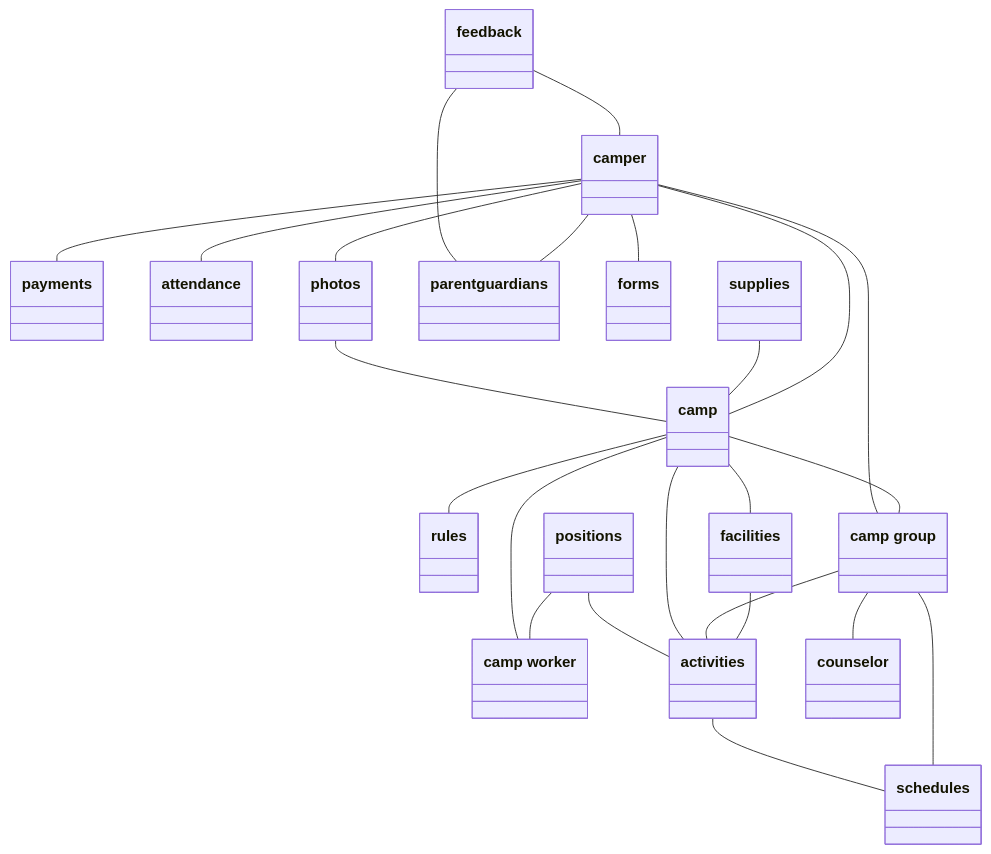
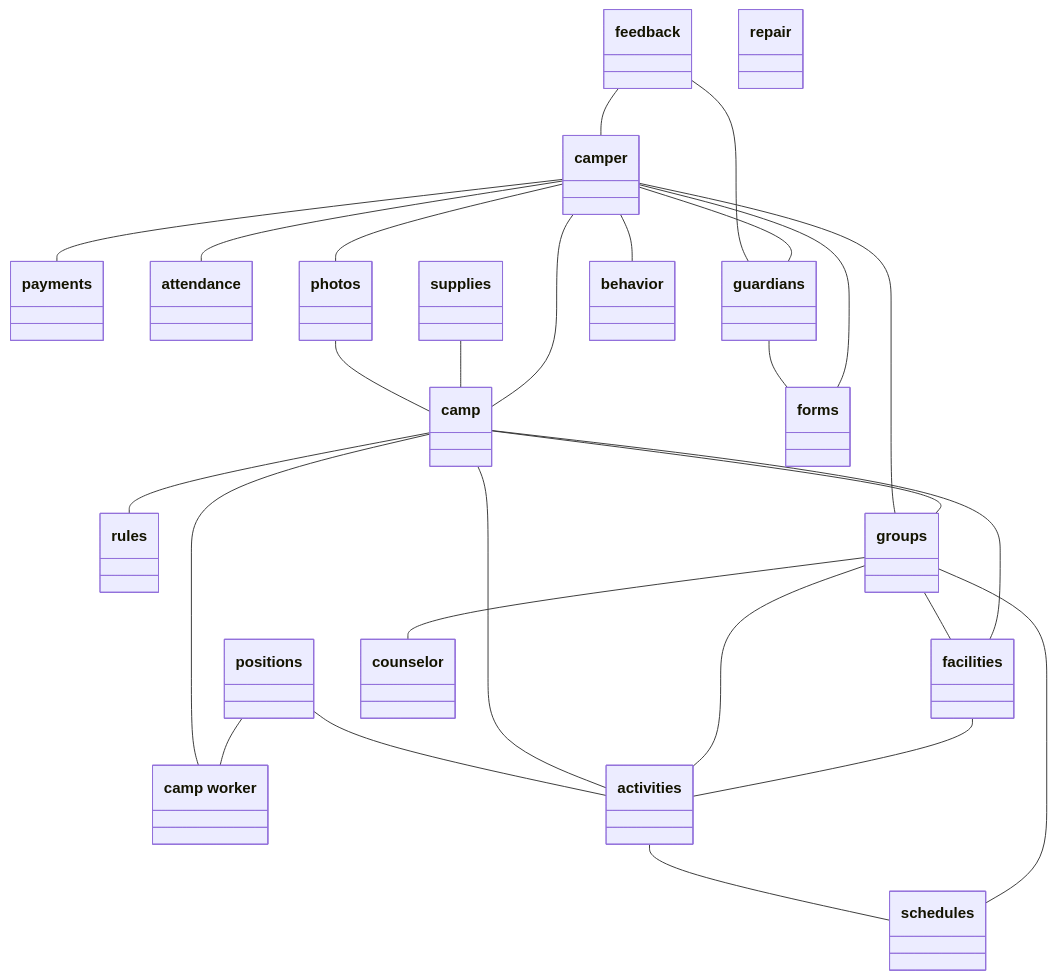
One commit to DomDeWulf/user-story-domain-model-datasets changed the diagram in 2_gold_standard_domain_models/camperplus.mmd. Above: the diagram before and after it, drawn with Mermaid. The commit also changed 21 other files, not shown here.

Commit message:
Adapt domain models to revised gold and silver standard

```diff
--- a/2_gold_standard_domain_models/camperplus.mmd
+++ b/2_gold_standard_domain_models/camperplus.mmd
@@ -1,143 +1,164 @@
 classDiagram
     %% Project: Camperplus
-    %% Class labels match Gold standard - Classes.xlsx exactly, including capitalization.
-    %% Singular/plural forms are assumed equivalent; every changed endpoint is documented below.
-    %% Every association preserves one row of Gold standard - Associations.xlsx, in workbook order.
-    %% associationOnly nodes have no matching class in the Classes Excel; exclude them from class evaluation.
+    %% Source: Gold&Silver Standard.xlsx, sheets 'Class - Gold Standard' (column A) and 'Association - Gold Standard' (columns A:B).
+    %% Class labels match the revised class list exactly, including capitalization.
+    %% Class IDs and order follow the previous models; new classes are appended and removed classes leave ID gaps.
+    %% Workbook legend: red fill = removed, green fill = optional, blue text = added.
+    %% Removed classes and associations are omitted. Optional classes carry <<optional>>; optional associations use a dashed .. line.
+    %% Association endpoints are mapped to class labels; every changed endpoint is documented below.
     %% No direction, multiplicity, relationship labels, inheritance, attributes, or methods are inferred.
+    %% Non-punish group (Class Non-Punish List): form: medicalForm, consentform, registrationForm, consent form, medical form, registration form
     class C001["payments"]
     class C002["rules"]
     class C003["camp worker"]
     class C004["attendance"]
     class C005["facilities"]
     class C006["photos"]
     class C007["feedback"]
     class C008["camper"]
-    class C009["parentguardians"]
+    class C009["guardians"]
     class C010["schedules"]
     class C011["activities"]
     class C012["camp"]
     class C013["positions"]
     class C014["forms"]
     class C015["supplies"]
-    class C016["camp group"]
+    class C016["groups"]
     class C017["counselor"]
+    %% Class 'Class - Gold Standard'!A19: added in the revised workbook (blue text).
+    class C018["behavior"]
+    %% Class 'Class - Gold Standard'!A20: added in the revised workbook (blue text).
+    class C019["repair"]
 
-    %% Association (Classes Excel terms where available): camper -- parentguardians
-    %% Associations Excel (Sheet1!A3:B3): camper -- parentguardian.
-    %% Assumption: "parentguardian" -> "parentguardians" (singular/plural forms are assumed interchangeable).
+    %% Association: camper -- guardians
+    %% Workbook ('Association - Gold Standard'!A3): camper -- guardian.
+    %% Mapping: "guardian" -> "guardians" (singular/plural).
     C008 -- C009
 
-    %% Association (Classes Excel terms where available): camper -- forms
-    %% Associations Excel (Sheet1!A4:B4): camper -- form.
-    %% Assumption: "form" -> "forms" (singular/plural forms are assumed interchangeable).
+    %% Association: camper -- forms
+    %% Workbook ('Association - Gold Standard'!A4): camper -- form.
+    %% Mapping: "form" -> "forms" (singular/plural).
     C008 -- C014
 
-    %% Association (Classes Excel terms where available): camper -- attendance
-    %% Associations Excel (Sheet1!A5:B5): camper -- attendance.
-    %% Wording differences: none.
+    %% Association: camper -- attendance
+    %% Workbook ('Association - Gold Standard'!A5): camper -- attend.
+    %% Mapping: "attend" -> "attendance" (truncated stem).
     C008 -- C004
 
-    %% Association (Classes Excel terms where available): camp -- camp group
-    %% Associations Excel (Sheet1!A6:B6): camp -- group.
-    %% Assumption: "group" -> "camp group" (shortened term; user explicitly equates group with camper group; the Classes Excel spelling is camp group).
+    %% Association: camp -- groups
+    %% Workbook ('Association - Gold Standard'!A6): camp -- group.
+    %% Mapping: "group" -> "groups" (singular/plural).
     C012 -- C016
 
-    %% Association (Classes Excel terms where available): camp -- rules
-    %% Associations Excel (Sheet1!A7:B7): camp -- rule.
-    %% Assumption: "rule" -> "rules" (singular/plural forms are assumed interchangeable).
+    %% Association: camp -- rules
+    %% Workbook ('Association - Gold Standard'!A7): camp -- rule.
+    %% Mapping: "rule" -> "rules" (singular/plural).
     C012 -- C002
 
-    %% Association (Classes Excel terms where available): feedback -- parentguardians
-    %% Associations Excel (Sheet1!A8:B8): feedback -- parentguardian.
-    %% Assumption: "parentguardian" -> "parentguardians" (singular/plural forms are assumed interchangeable).
+    %% Association: feedback -- guardians
+    %% Workbook ('Association - Gold Standard'!A8): feedback -- guardian.
+    %% Mapping: "guardian" -> "guardians" (singular/plural).
     C007 -- C009
 
-    %% Association (Classes Excel terms where available): camp group -- schedules
-    %% Associations Excel (Sheet1!A9:B9): group -- schedule.
-    %% Assumption: "group" -> "camp group" (shortened term; user explicitly equates group with camper group; the Classes Excel spelling is camp group).
-    %% Assumption: "schedule" -> "schedules" (singular/plural forms are assumed interchangeable).
+    %% Association: groups -- schedules
+    %% Workbook ('Association - Gold Standard'!A9): group -- schedul.
+    %% Mapping: "group" -> "groups" (singular/plural); "schedul" -> "schedules" (truncated stem; singular/plural).
     C016 -- C010
 
-    %% Association (Classes Excel terms where available): camper -- photos
-    %% Associations Excel (Sheet1!A10:B10): camper -- photo.
-    %% Assumption: "photo" -> "photos" (singular/plural forms are assumed interchangeable).
+    %% Association: camper -- photos
+    %% Workbook ('Association - Gold Standard'!A10): camper -- photo.
+    %% Mapping: "photo" -> "photos" (singular/plural).
     C008 -- C006
 
-    %% Association (Classes Excel terms where available): camper -- camp group
-    %% Associations Excel (Sheet1!A11:B11): camper -- group.
-    %% Assumption: "group" -> "camp group" (shortened term; user explicitly equates group with camper group; the Classes Excel spelling is camp group).
+    %% Association: camper -- groups
+    %% Workbook ('Association - Gold Standard'!A11): camper -- group.
+    %% Mapping: "group" -> "groups" (singular/plural).
     C008 -- C016
 
-    %% Association (Classes Excel terms where available): facilities -- activities
-    %% Associations Excel (Sheet1!A12:B12): facility -- activity.
-    %% Assumption: "facility" -> "facilities" (singular/plural forms are assumed interchangeable).
-    %% Assumption: "activity" -> "activities" (singular/plural forms are assumed interchangeable).
+    %% Association: facilities -- activities
+    %% Workbook ('Association - Gold Standard'!A12): facil -- activ.
+    %% Mapping: "facil" -> "facilities" (truncated stem; singular/plural); "activ" -> "activities" (truncated stem; singular/plural).
     C005 -- C011
 
-    %% Association (Classes Excel terms where available): camp group -- activities
-    %% Associations Excel (Sheet1!A13:B13): group -- activity.
-    %% Assumption: "group" -> "camp group" (shortened term; user explicitly equates group with camper group; the Classes Excel spelling is camp group).
-    %% Assumption: "activity" -> "activities" (singular/plural forms are assumed interchangeable).
+    %% Association: groups -- activities
+    %% Workbook ('Association - Gold Standard'!A13): group -- activ.
+    %% Mapping: "group" -> "groups" (singular/plural); "activ" -> "activities" (truncated stem; singular/plural).
     C016 -- C011
 
-    %% Association (Classes Excel terms where available): camper -- camp
-    %% Associations Excel (Sheet1!A14:B14): camper -- camp.
-    %% Wording differences: none.
+    %% Association: camper -- camp
+    %% Workbook ('Association - Gold Standard'!A14): camper -- camp.
+    %% Mapping: none.
     C008 -- C012
 
-    %% Association (Classes Excel terms where available): camp -- facilities
-    %% Associations Excel (Sheet1!A15:B15): camp -- facility.
-    %% Assumption: "facility" -> "facilities" (singular/plural forms are assumed interchangeable).
+    %% Association: camp -- facilities
+    %% Workbook ('Association - Gold Standard'!A15): camp -- facil.
+    %% Mapping: "facil" -> "facilities" (truncated stem; singular/plural).
     C012 -- C005
 
-    %% Association (Classes Excel terms where available): supplies -- camp
-    %% Associations Excel (Sheet1!A16:B16): supplies -- camp.
-    %% Wording differences: none.
+    %% Association: supplies -- camp
+    %% Workbook ('Association - Gold Standard'!A16): suppli -- camp.
+    %% Mapping: "suppli" -> "supplies" (truncated stem).
     C015 -- C012
 
-    %% Association (Classes Excel terms where available): camp group -- counselor
-    %% Associations Excel (Sheet1!A17:B17): group -- counselor.
-    %% Assumption: "group" -> "camp group" (shortened term; user explicitly equates group with camper group; the Classes Excel spelling is camp group).
+    %% Association: groups -- counselor
+    %% Workbook ('Association - Gold Standard'!A17): group -- counselor.
+    %% Mapping: "group" -> "groups" (singular/plural).
     C016 -- C017
 
-    %% Association (Classes Excel terms where available): activities -- schedules
-    %% Associations Excel (Sheet1!A18:B18): activity -- schedule.
-    %% Assumption: "activity" -> "activities" (singular/plural forms are assumed interchangeable).
-    %% Assumption: "schedule" -> "schedules" (singular/plural forms are assumed interchangeable).
+    %% Association: activities -- schedules
+    %% Workbook ('Association - Gold Standard'!A18): activ -- schedul.
+    %% Mapping: "activ" -> "activities" (truncated stem; singular/plural); "schedul" -> "schedules" (truncated stem; singular/plural).
     C011 -- C010
 
-    %% Association (Classes Excel terms where available): positions -- camp worker
-    %% Associations Excel (Sheet1!A19:B19): positions -- camp worker.
-    %% Wording differences: none.
+    %% Association: positions -- camp worker
+    %% Workbook ('Association - Gold Standard'!A19): posit -- camp work.
+    %% Mapping: "posit" -> "positions" (truncated stem; singular/plural); "camp work" -> "camp worker" (truncated stem).
     C013 -- C003
 
-    %% Association (Classes Excel terms where available): camp -- camp worker
-    %% Associations Excel (Sheet1!A20:B20): camp -- camp worker.
-    %% Wording differences: none.
+    %% Association: camp -- camp worker
+    %% Workbook ('Association - Gold Standard'!A20): camp -- camp work.
+    %% Mapping: "camp work" -> "camp worker" (truncated stem).
     C012 -- C003
 
-    %% Association (Classes Excel terms where available): camp -- activities
-    %% Associations Excel (Sheet1!A21:B21): camp -- activity.
-    %% Assumption: "activity" -> "activities" (singular/plural forms are assumed interchangeable).
+    %% Association: camp -- activities
+    %% Workbook ('Association - Gold Standard'!A21): camp -- activ.
+    %% Mapping: "activ" -> "activities" (truncated stem; singular/plural).
     C012 -- C011
 
-    %% Association (Classes Excel terms where available): camper -- payments
-    %% Associations Excel (Sheet1!A22:B22): camper -- payment.
-    %% Assumption: "payment" -> "payments" (singular/plural forms are assumed interchangeable).
+    %% Association: camper -- payments
+    %% Workbook ('Association - Gold Standard'!A22): camper -- payment.
+    %% Mapping: "payment" -> "payments" (singular/plural).
     C008 -- C001
 
-    %% Association (Classes Excel terms where available): feedback -- camper
-    %% Associations Excel (Sheet1!A23:B23): feedback -- camper.
-    %% Wording differences: none.
+    %% Association: feedback -- camper
+    %% Workbook ('Association - Gold Standard'!A23): feedback -- camper.
+    %% Mapping: none.
     C007 -- C008
 
-    %% Association (Classes Excel terms where available): positions -- activities
-    %% Associations Excel (Sheet1!A24:B24): positions -- activities.
-    %% Wording differences: none.
+    %% Association: positions -- activities
+    %% Workbook ('Association - Gold Standard'!A24): posit -- activ.
+    %% Mapping: "posit" -> "positions" (truncated stem; singular/plural); "activ" -> "activities" (truncated stem; singular/plural).
     C013 -- C011
 
-    %% Association (Classes Excel terms where available): photos -- camp
-    %% Associations Excel (Sheet1!A25:B25): photos -- camp.
-    %% Wording differences: none.
+    %% Association: photos -- camp
+    %% Workbook ('Association - Gold Standard'!A25): photo -- camp.
+    %% Mapping: "photo" -> "photos" (singular/plural).
     C006 -- C012
+
+    %% Association: groups -- facilities
+    %% Workbook ('Association - Gold Standard'!A26): group -- facility.
+    %% Mapping: "group" -> "groups" (singular/plural); "facility" -> "facilities" (singular/plural).
+    %% Status: added in the revised workbook (blue text).
+    C016 -- C005
+
+    %% Association: camper -- behavior
+    %% Workbook ('Association - Gold Standard'!A27): camper -- behavior.
+    %% Mapping: none.
+    %% Status: added in the revised workbook (blue text).
+    C008 -- C018
+
+    %% Association: guardians -- forms
+    %% Workbook ('Association - Gold Standard'!A28): guardian -- form.
+    %% Mapping: "guardian" -> "guardians" (singular/plural); "form" -> "forms" (singular/plural).
+    %% Status: added in the revised workbook (blue text).
+    C009 -- C014
```
